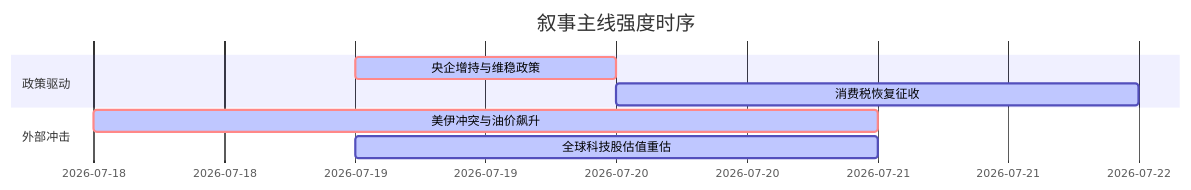
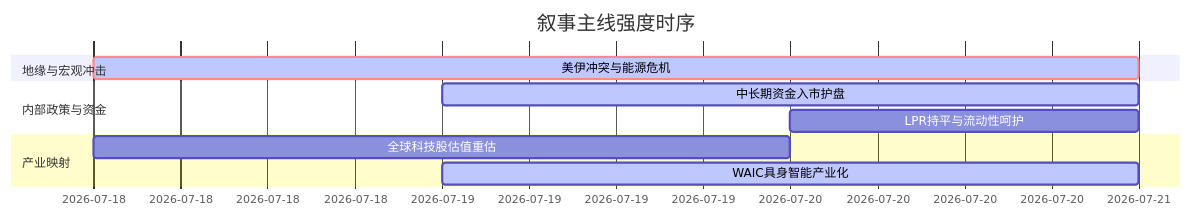
The diagram in 5day_report.md (uu5zn/uu5zn.github.io), drawn with Mermaid before and after one commit. The commit also changed other lines of this file and 24 other files, not shown here.

````diff
--- a/5day_report.md
+++ b/5day_report.md
@@ -55,12 +58,15 @@
 ```mermaid
 gantt
     title 叙事主线强度时序
     dateFormat YYYY-MM-DD
-    section 政策驱动
-    央企增持与维稳政策   :crit, active, 2026-07-19, 1d
-    消费税恢复征收       :active, 2026-07-20, 2d
+    section 地缘与宏观冲击
+    美伊冲突与能源危机   :crit, active, 2026-07-18, 3d
     
-    section 外部冲击
-    美伊冲突与油价飙升   :crit, active, 2026-07-18, 3d
-    全球科技股估值重估   :active, 2026-07-19, 2d
+    section 内部政策与资金
+    中长期资金入市护盘   :active, 2026-07-19, 2d
+    LPR持平与流动性呵护   :2026-07-20, 1d
+    
+    section 产业映射
+    全球科技股估值重估   :2026-07-18, 2d
+    WAIC具身智能产业化   :active, 2026-07-19, 2d
 ```
````
